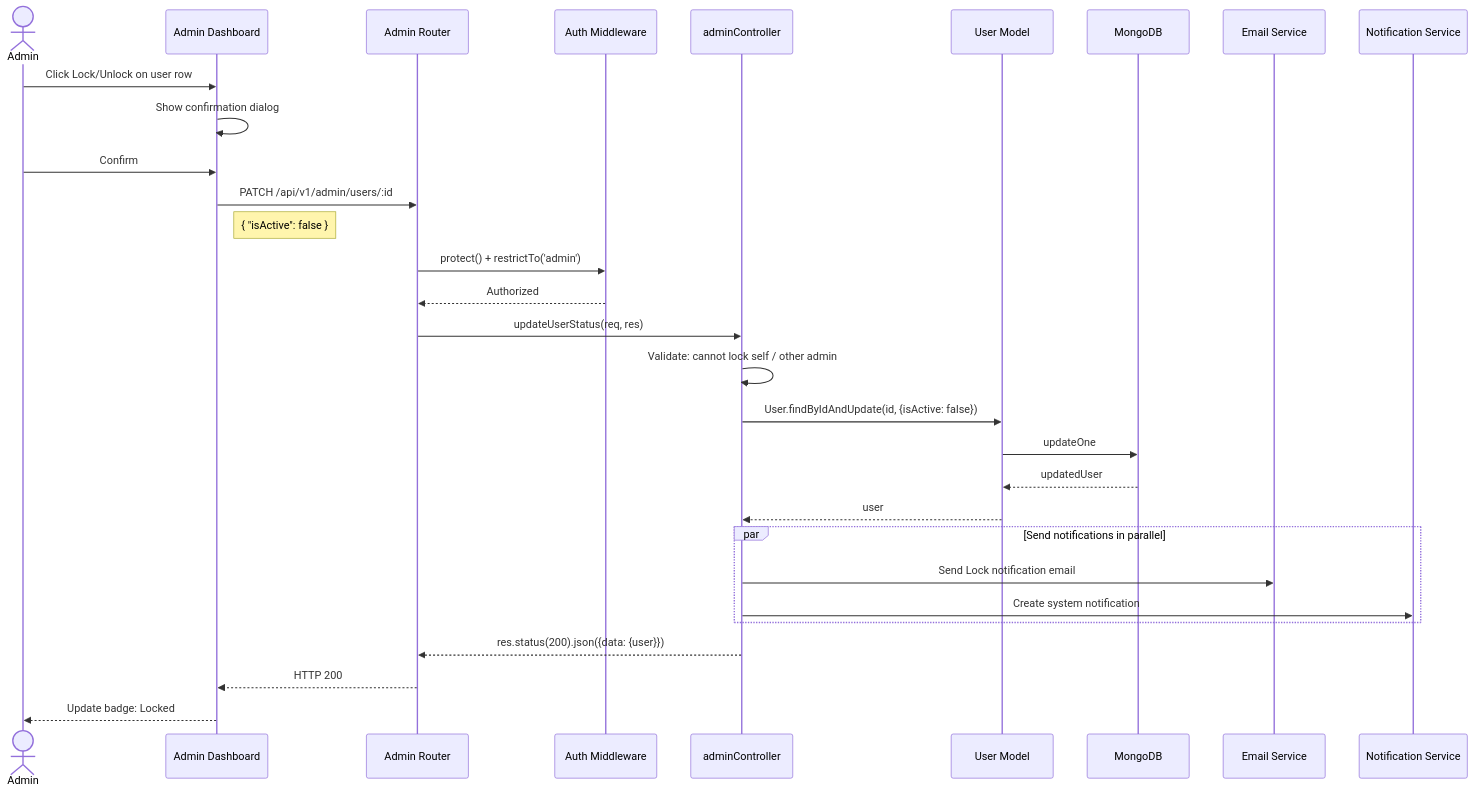
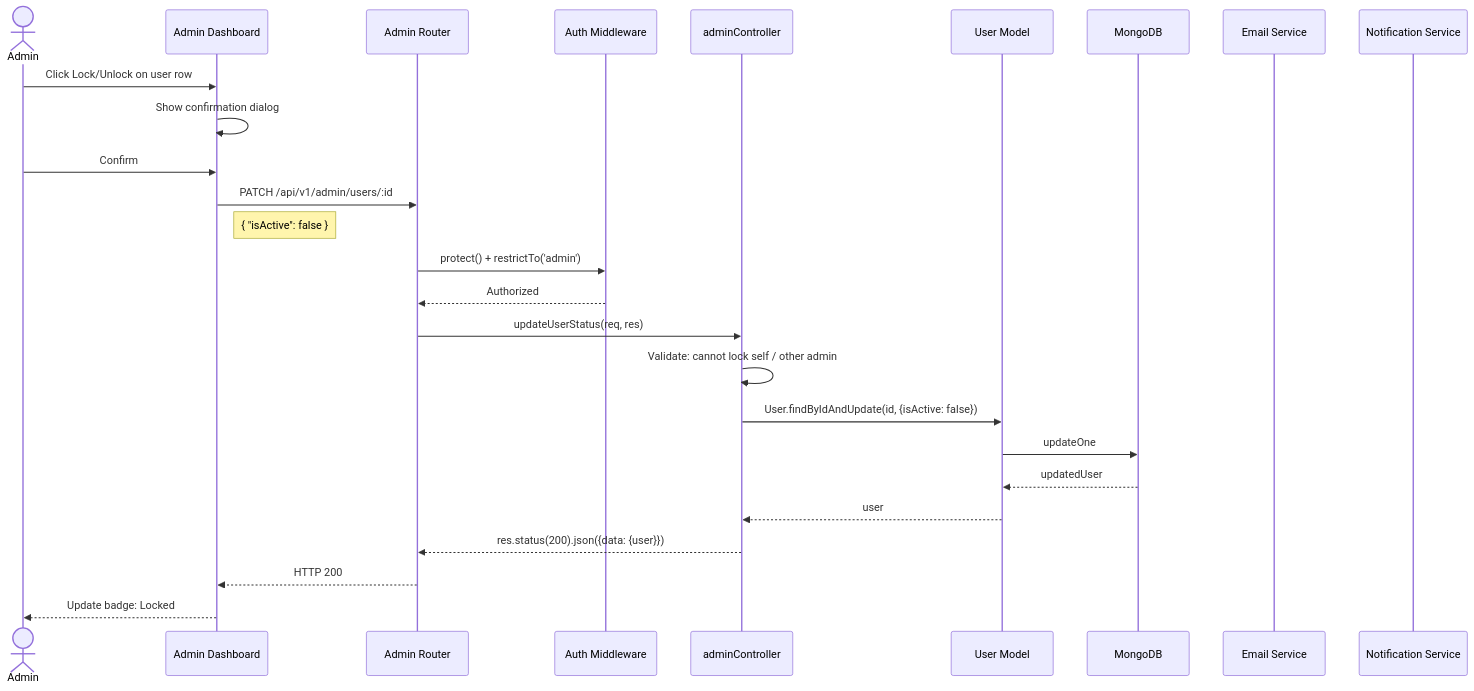
One commit to dat-21/SWD392 changed diagram 32 of 51 in UC_Diagrams_EN.md. Above: the diagram before and after it, drawn with Mermaid. The commit also changed other lines of this file and 1 other file, not shown here.

Commit message:
docs: Refine UC diagrams and flows for media upload, schedule, and availability management, removing complex backend checks and notification dispatches.

````diff
--- a/UC_Diagrams_EN.md
+++ b/UC_Diagrams_EN.md
@@ -1204,35 +1197,30 @@
 ```mermaid
 sequenceDiagram
     actor Admin
     participant FE as Admin Dashboard
     participant Router as Admin Router
     participant MW as Auth Middleware
     participant Ctrl as adminController
     participant Model as User Model
     participant DB as MongoDB
     participant Email as Email Service
     participant Notif as Notification Service
 
     Admin->>FE: Click Lock/Unlock on user row
     FE->>FE: Show confirmation dialog
     Admin->>FE: Confirm
     FE->>Router: PATCH /api/v1/admin/users/:id
     Note right of FE: { "isActive": false }
     Router->>MW: protect() + restrictTo('admin')
     MW-->>Router: Authorized
     Router->>Ctrl: updateUserStatus(req, res)
     Ctrl->>Ctrl: Validate: cannot lock self / other admin
     Ctrl->>Model: User.findByIdAndUpdate(id, {isActive: false})
     Model->>DB: updateOne
     DB-->>Model: updatedUser
     Model-->>Ctrl: user
     
-    par Send notifications in parallel
-        Ctrl->>Email: Send Lock notification email
-        Ctrl->>Notif: Create system notification
-    end
-    
     Ctrl-->>Router: res.status(200).json({data: {user}})
     Router-->>FE: HTTP 200
     FE-->>Admin: Update badge: Locked
 ```
````
